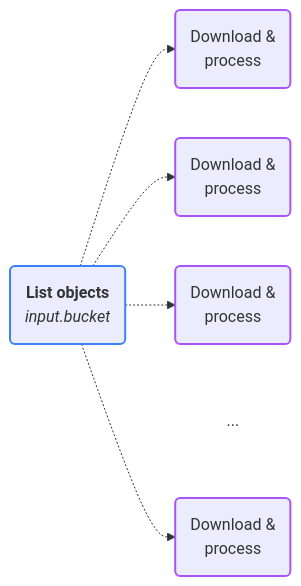
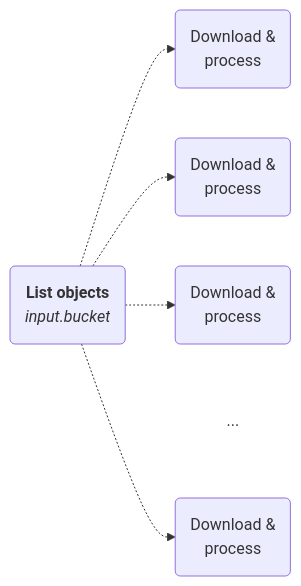
Before and after one commit to hatchet-dev/hatchet: the third of 3 diagrams in frontend/docs/content/docs/cookbooks/workflow-aws-s3.mdx, drawn with Mermaid. The commit also changed other lines of this file and 5 other files, not shown here.

First line of the commit message:
Restyle mermaid diagrams with brand tokens and Flow frame chrome.

````diff
--- a/frontend/docs/content/docs/cookbooks/workflow-aws-s3.mdx
+++ b/frontend/docs/content/docs/cookbooks/workflow-aws-s3.mdx
@@ -171,19 +164,15 @@
 ```mermaid
 flowchart LR
     A("<b>List objects</b><br/><i>input.bucket</i>")
     B("Download &<br/>process")
     C("Download &<br/>process")
     D[...]
     E("Download &<br/>process")
     F("Download &<br/>process")
     A -.-> B
     A -.-> C
     A -.-> F
     A ~~~ D
     A -.-> E
     style D fill:none,stroke:none
-    classDef parent stroke:#3b82f6,stroke-width:2px
-    classDef leaf stroke:#a855f7,stroke-width:2px
-    class A parent
-    class B,C,E,F leaf
 ```
````
